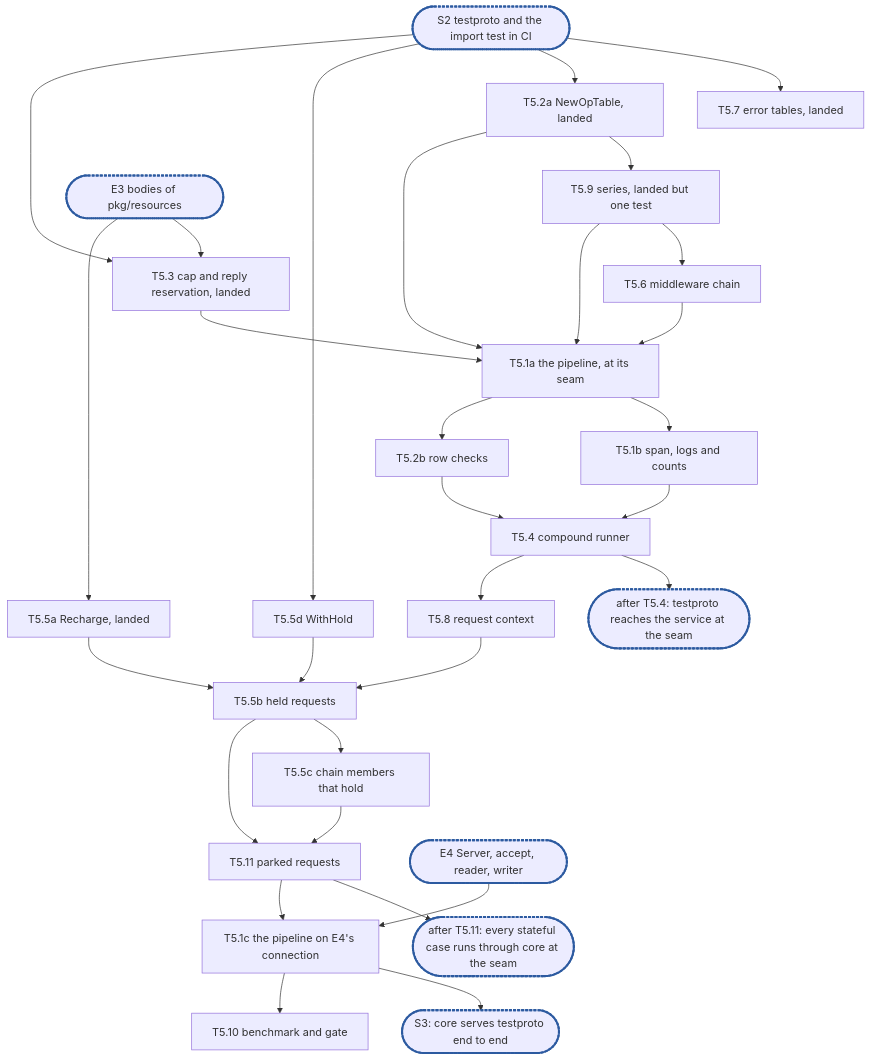
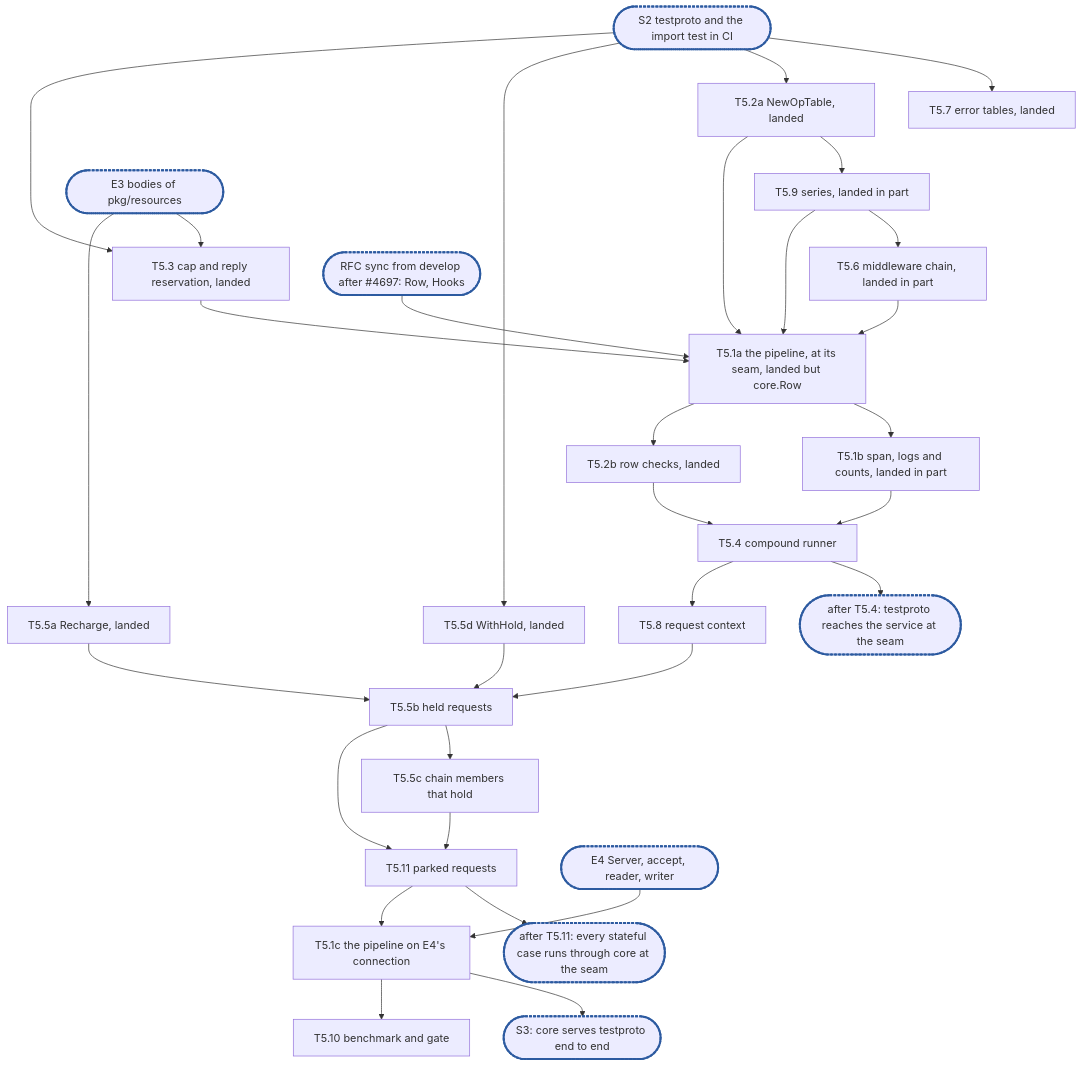
One commit to cubbit/dittofs changed the diagram in docs/internals/planning/rfc-20-adapters-epic5.md. Above: the diagram before and after it, drawn with Mermaid. The commit also changed other lines of this file, not shown here.

First line of the commit message:
docs(planning): epic 5 clamps a READ in its Bound hook and resolves series at NewServer

````diff
--- a/docs/internals/planning/rfc-20-adapters-epic5.md
+++ b/docs/internals/planning/rfc-20-adapters-epic5.md
@@ -2155,33 +2353,34 @@
 ```mermaid
 flowchart TD
   S2(["S2 testproto and the import test in CI"]):::sync --> T5_7["T5.7 error tables, landed"]
   S2 --> T5_2a["T5.2a NewOpTable, landed"]
-  T5_2a --> T5_9["T5.9 series, landed but one test"]
-  T5_9 --> T5_6["T5.6 middleware chain"]
-  S2 --> T5_5d["T5.5d WithHold"]
+  T5_2a --> T5_9["T5.9 series, landed in part"]
+  T5_9 --> T5_6["T5.6 middleware chain, landed in part"]
+  S2 --> T5_5d["T5.5d WithHold, landed"]
   S2 --> T5_3["T5.3 cap and reply reservation, landed"]
   E3(["E3 bodies of pkg/resources"]):::sync --> T5_3
   E3 --> T5_5a["T5.5a Recharge, landed"]
-  T5_2a --> T5_1a["T5.1a the pipeline, at its seam"]
+  T5_2a --> T5_1a["T5.1a the pipeline, at its seam, landed but core.Row"]
   T5_9 --> T5_1a
   T5_6 --> T5_1a
   T5_3 --> T5_1a
-  T5_1a --> T5_1b["T5.1b span, logs and counts"]
-  T5_1a --> T5_2b["T5.2b row checks"]
+  SYNC(["RFC sync from develop after #4697: Row, Hooks"]):::sync --> T5_1a
+  T5_1a --> T5_1b["T5.1b span, logs and counts, landed in part"]
+  T5_1a --> T5_2b["T5.2b row checks, landed"]
   T5_1b --> T5_4["T5.4 compound runner"]
   T5_2b --> T5_4
   T5_4 --> C1(["after T5.4: testproto reaches the service at the seam"]):::sync
   T5_4 --> T5_8["T5.8 request context"]
   T5_5a --> T5_5b["T5.5b held requests"]
   T5_5d --> T5_5b
   T5_8 --> T5_5b
   T5_5b --> T5_5c["T5.5c chain members that hold"]
   T5_5b --> T5_11["T5.11 parked requests"]
   T5_5c --> T5_11
   T5_11 --> C2(["after T5.11: every stateful case runs through core at the seam"]):::sync
   E4(["E4 Server, accept, reader, writer"]):::sync --> T5_1c["T5.1c the pipeline on E4's connection"]
   T5_11 --> T5_1c
   T5_1c --> C3(["S3: core serves testproto end to end"]):::sync
   T5_1c --> T5_10["T5.10 benchmark and gate"]
   classDef sync stroke:#2c5aa0,stroke-width:3px,stroke-dasharray:4 2
 ```
````
